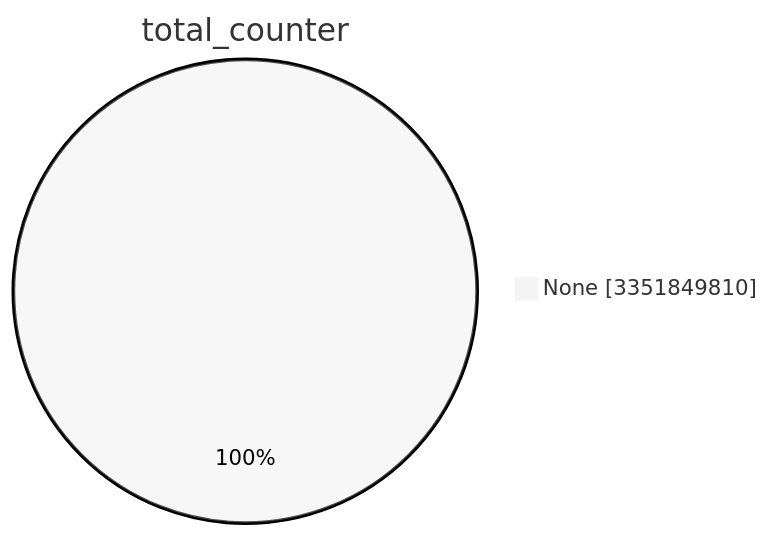
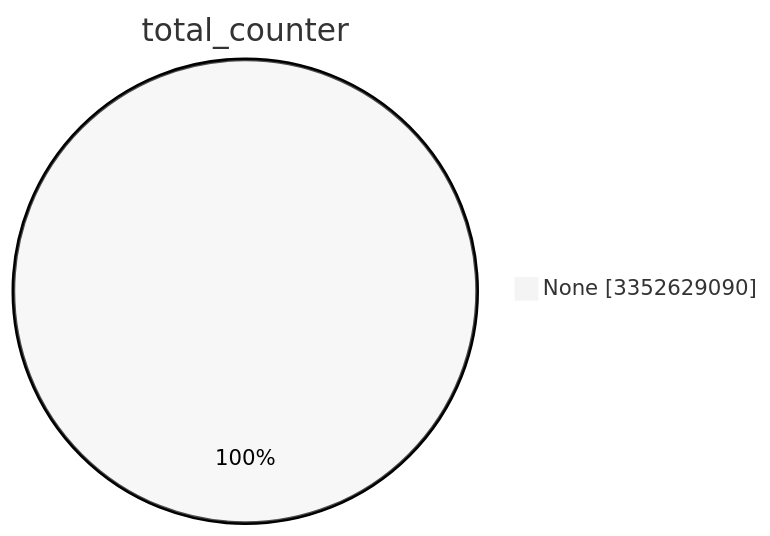
Before and after one commit to christiankrug/ctmonitor_visualization: the first of 15 diagrams in TOTAL/README.md, drawn with Mermaid (neutral theme). The commit also changed other lines of this file, not shown here.

````diff
--- a/TOTAL/README.md
+++ b/TOTAL/README.md
@@ -1,5 +1,5 @@
 ```mermaid
 pie showData
 title total_counter
-"None" :3351849810
+"None" :3352629090
 ```
````
